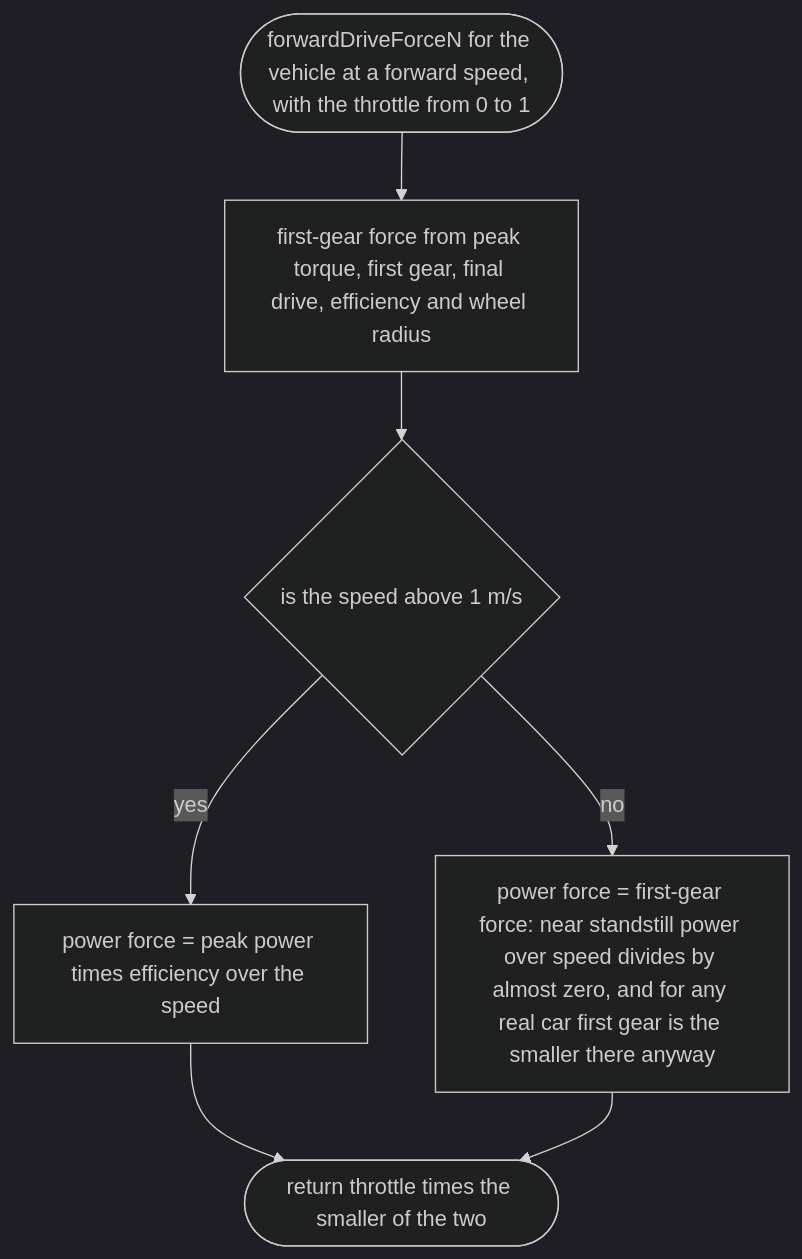
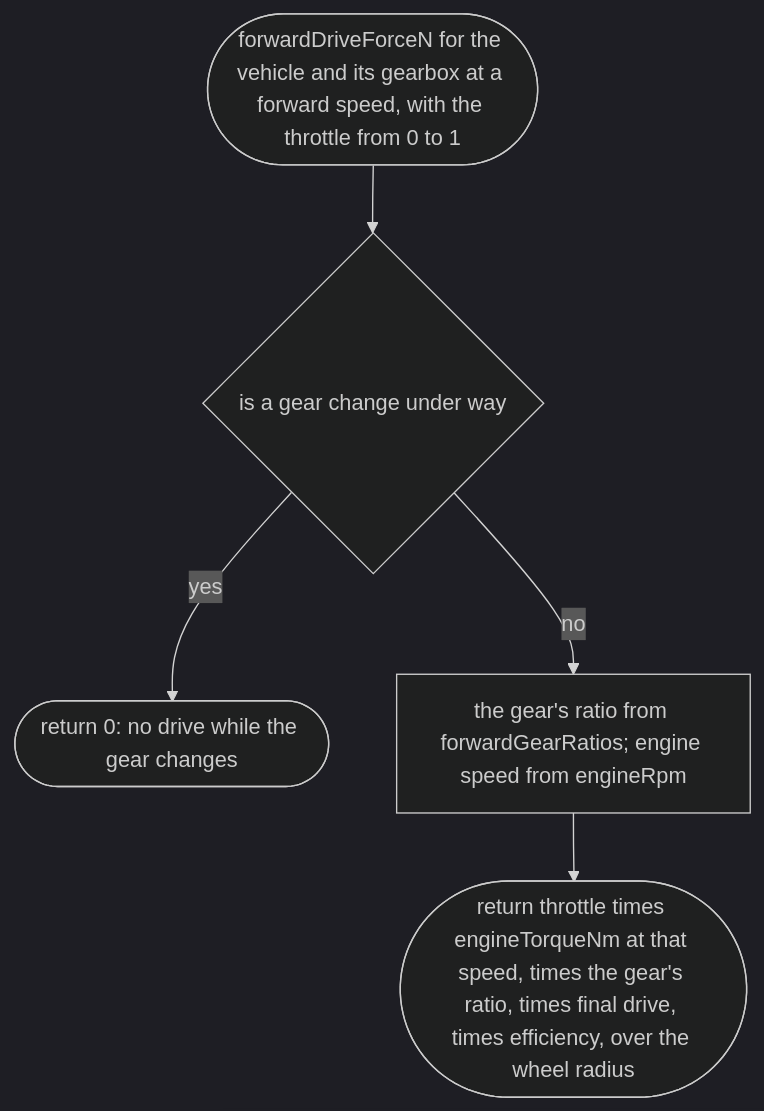
The fourth of 7 diagrams in docs/designs/src/vehicle/drive-force.md (NewDara-Star/world-engine), drawn with Mermaid (dark theme) before and after one commit. The commit also changed other lines of this file and 41 other files, not shown here.

````diff
--- a/docs/designs/src/vehicle/drive-force.md
+++ b/docs/designs/src/vehicle/drive-force.md
@@ -24,12 +100,11 @@
 ```mermaid
 flowchart TD
-  s(["forwardDriveForceN for the vehicle at a forward speed, with the throttle from 0 to 1"])
-  a["first-gear force from peak torque, first gear, final drive, efficiency and wheel radius"]
-  b{"is the speed above 1 m/s"}
-  c["power force = peak power times efficiency over the speed"]
-  d["power force = first-gear force: near standstill power over speed divides by almost zero, and for any real car first gear is the smaller there anyway"]
-  e(["return throttle times the smaller of the two"])
-  s --> a --> b
-  b -->|"yes"| c --> e
-  b -->|"no"| d --> e
+  s(["forwardDriveForceN for the vehicle and its gearbox at a forward speed, with the throttle from 0 to 1"])
+  a{"is a gear change under way"}
+  b(["return 0: no drive while the gear changes"])
+  c["the gear's ratio from forwardGearRatios; engine speed from engineRpm"]
+  d(["return throttle times engineTorqueNm at that speed, times the gear's ratio, times final drive, times efficiency, over the wheel radius"])
+  s --> a
+  a -->|"yes"| b
+  a -->|"no"| c --> d
 ```
````
